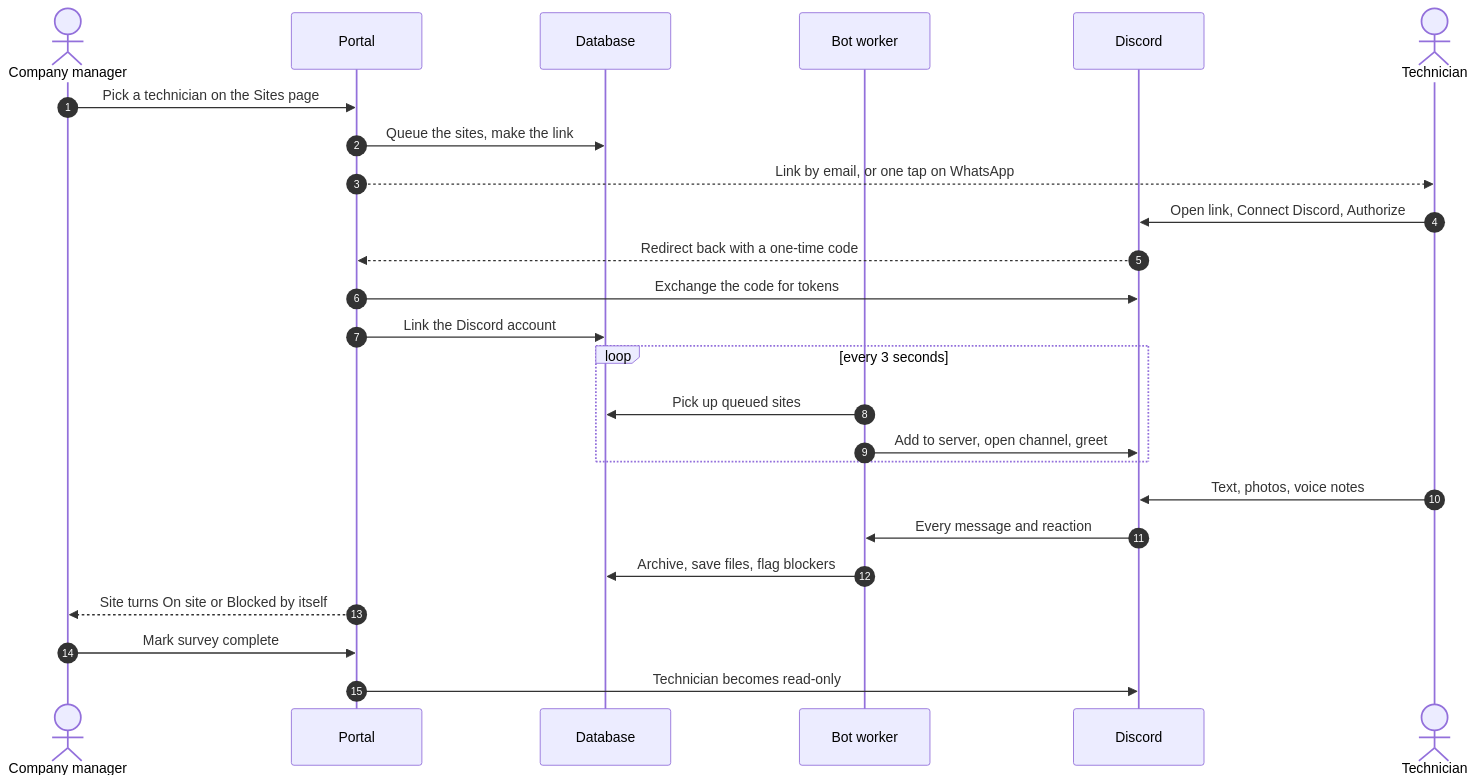
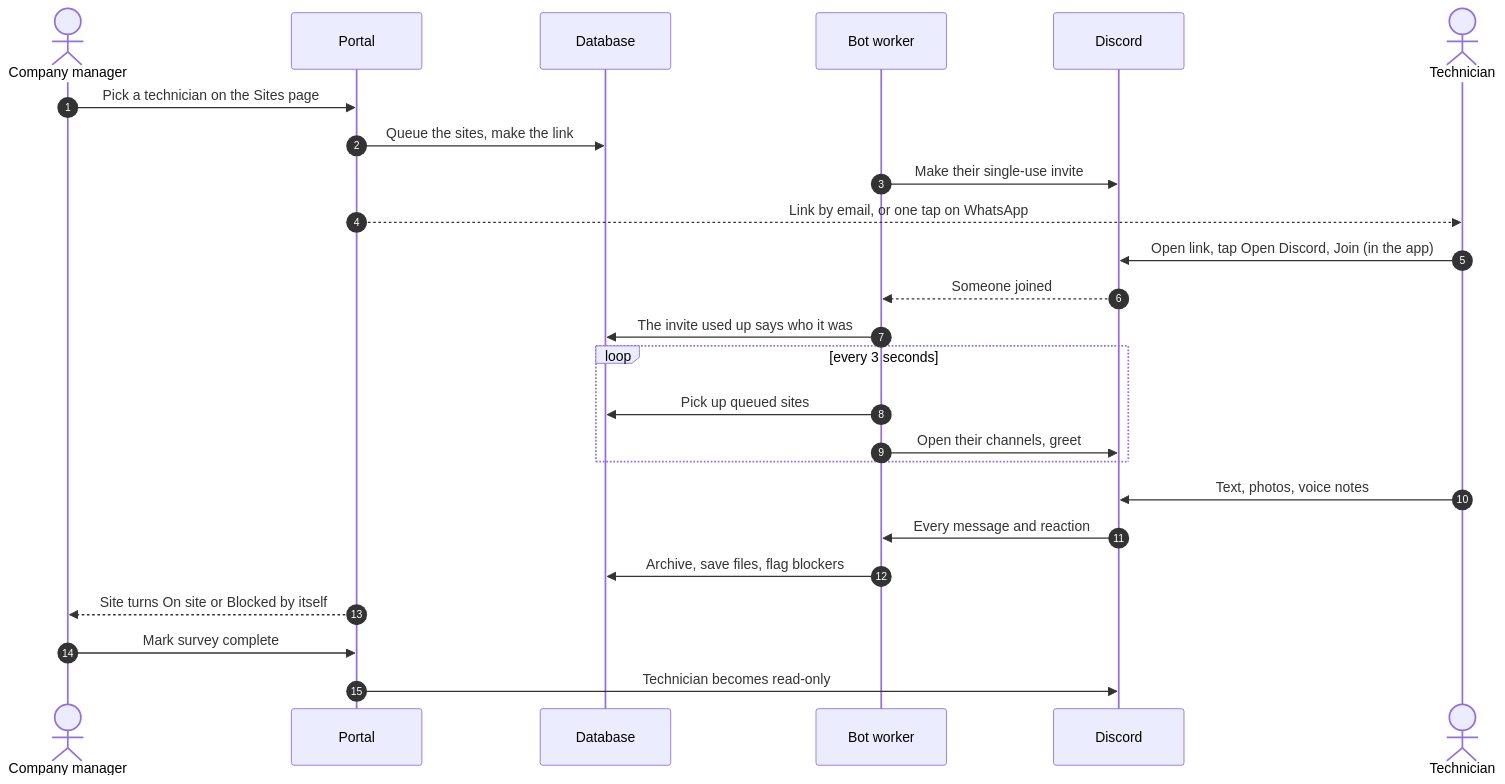
One commit to R-Saad007/RMSPreSurvey changed the second of 2 diagrams in README.md. Above: the diagram before and after it, drawn with Mermaid. The commit also changed other lines of this file and 8 other files, not shown here.

First line of the commit message:
Technicians join by a single-use invite, which opens the Discord app

````diff
--- a/README.md
+++ b/README.md
@@ -100,27 +100,27 @@
 ```mermaid
 sequenceDiagram
     autonumber
     actor M as Company manager
     participant P as Portal
     participant DB as Database
     participant B as Bot worker
     participant D as Discord
     actor T as Technician
     M->>P: Pick a technician on the Sites page
     P->>DB: Queue the sites, make the link
+    B->>D: Make their single-use invite
     P-->>T: Link by email, or one tap on WhatsApp
-    T->>D: Open link, Connect Discord, Authorize
-    D-->>P: Redirect back with a one-time code
-    P->>D: Exchange the code for tokens
-    P->>DB: Link the Discord account
+    T->>D: Open link, tap Open Discord, Join (in the app)
+    D-->>B: Someone joined
+    B->>DB: The invite used up says who it was
     loop every 3 seconds
         B->>DB: Pick up queued sites
-        B->>D: Add to server, open channel, greet
+        B->>D: Open their channels, greet
     end
     T->>D: Text, photos, voice notes
     D->>B: Every message and reaction
     B->>DB: Archive, save files, flag blockers
     P-->>M: Site turns On site or Blocked by itself
     M->>P: Mark survey complete
     P->>D: Technician becomes read-only
 ```
````
